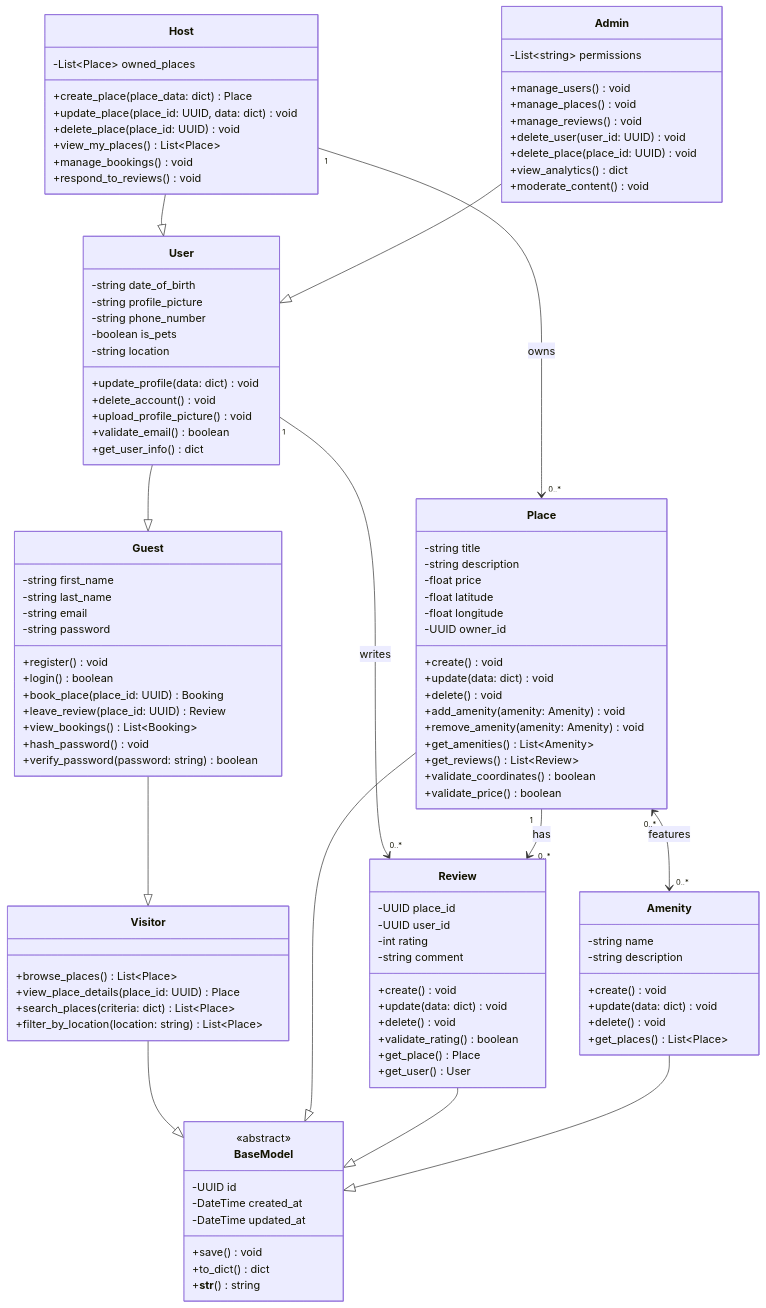
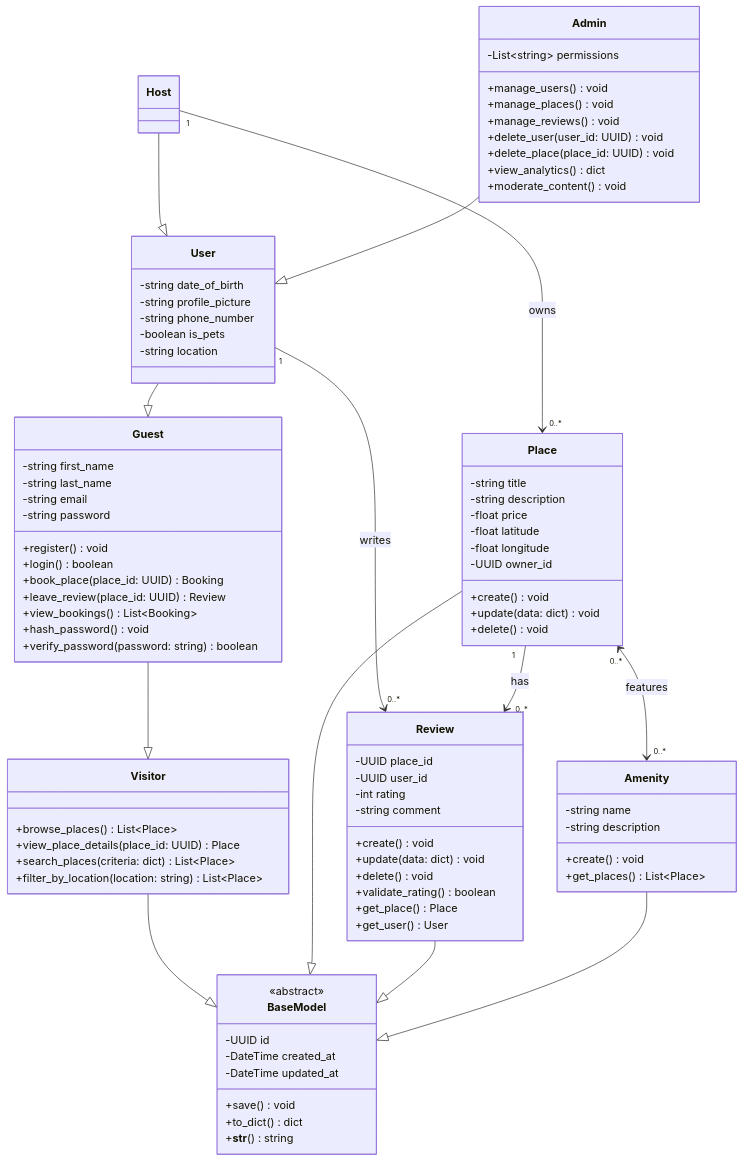
The diagram in part1/task_1/Detailed_Class_Diagram.mmd (SaraEstelle/holbertonschool-hbnb), drawn with Mermaid before and after one commit. The commit also changed 1 other file, not shown here.

Commit message:
Class Diagram including BaseModel, Visitor, Guest, User, Host, Admin, Place, Review, and Amenity.

```diff
--- a/part1/task_1/Detailed_Class_Diagram.mmd
+++ b/part1/task_1/Detailed_Class_Diagram.mmd
@@ -1,119 +1,105 @@
 classDiagram
     class BaseModel {
         <<abstract>>
         -UUID id
         -DateTime created_at
         -DateTime updated_at
         +save() void
         +to_dict() dict
         +__str__() string
     }
 
     class Visitor {
         +browse_places() List~Place~
         +view_place_details(place_id: UUID) Place
         +search_places(criteria: dict) List~Place~
         +filter_by_location(location: string) List~Place~
     }
 
     class Guest {
         -string first_name
         -string last_name
         -string email
         -string password
         +register() void
         +login() boolean
         +book_place(place_id: UUID) Booking
         +leave_review(place_id: UUID) Review
         +view_bookings() List~Booking~
         +hash_password() void
         +verify_password(password: string) boolean
     }
 
     class User {
         -string date_of_birth
         -string profile_picture
         -string phone_number
         -boolean is_pets
         -string location
-        +update_profile(data: dict) void
-        +delete_account() void
-        +upload_profile_picture() void
-        +validate_email() boolean
-        +get_user_info() dict
+
+
     }
 
     class Host {
-        -List~Place~ owned_places
-        +create_place(place_data: dict) Place
-        +update_place(place_id: UUID, data: dict) void
-        +delete_place(place_id: UUID) void
-        +view_my_places() List~Place~
-        +manage_bookings() void
-        +respond_to_reviews() void
+
     }
 
     class Admin {
         -List~string~ permissions
         +manage_users() void
         +manage_places() void
         +manage_reviews() void
         +delete_user(user_id: UUID) void
         +delete_place(place_id: UUID) void
         +view_analytics() dict
         +moderate_content() void
     }
 
     class Place {
         -string title
         -string description
         -float price
         -float latitude
         -float longitude
         -UUID owner_id
         +create() void
         +update(data: dict) void
         +delete() void
-        +add_amenity(amenity: Amenity) void
-        +remove_amenity(amenity: Amenity) void
-        +get_amenities() List~Amenity~
-        +get_reviews() List~Review~
-        +validate_coordinates() boolean
-        +validate_price() boolean
+
+
     }
 
     class Review {
         -UUID place_id
         -UUID user_id
         -int rating
         -string comment
         +create() void
         +update(data: dict) void
         +delete() void
         +validate_rating() boolean
         +get_place() Place
         +get_user() User
     }
 
     class Amenity {
         -string name
         -string description
         +create() void
-        +update(data: dict) void
-        +delete() void
+
         +get_places() List~Place~
     }
 
     Visitor --|> BaseModel
     Guest --|> Visitor
     User --|> Guest
     Host --|> User
     Admin --|> User
     Place --|> BaseModel
     Review --|> BaseModel
     Amenity --|> BaseModel
 
     Host "1" --> "0..*" Place : owns
     User "1" --> "0..*" Review : writes
     Place "1" --> "0..*" Review : has
     Place "0..*" <--> "0..*" Amenity : features
```
